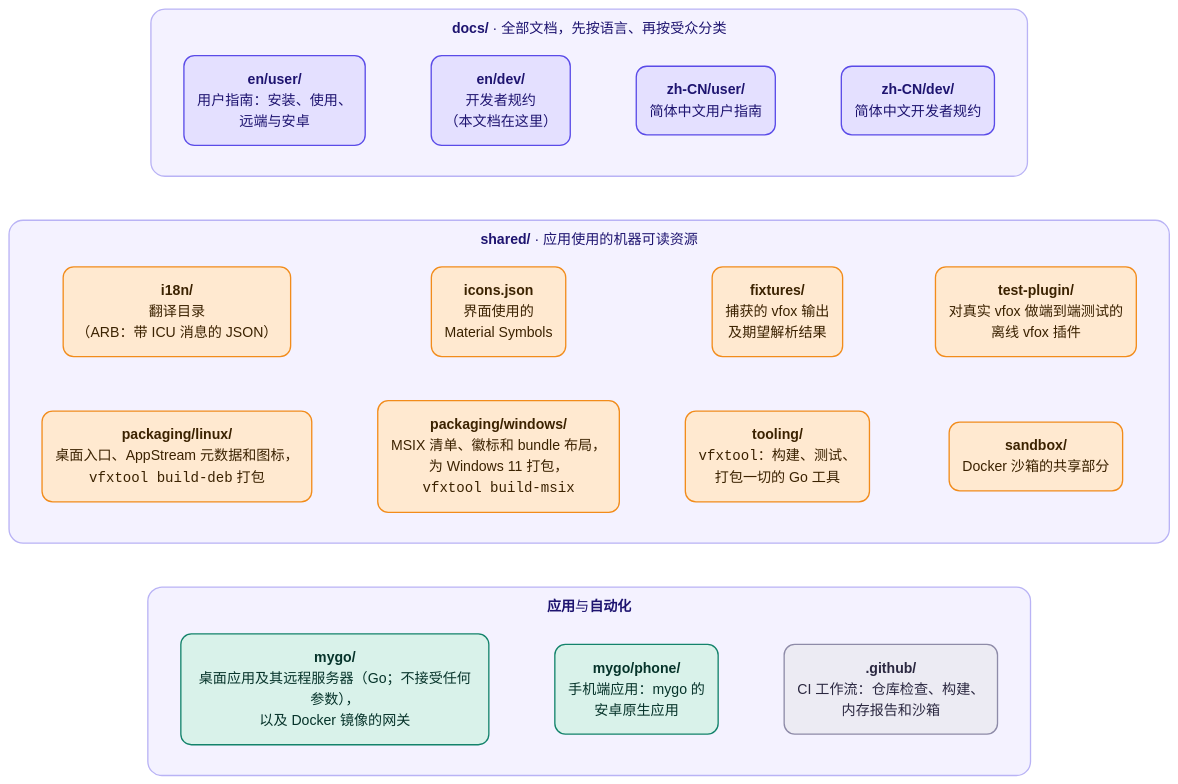
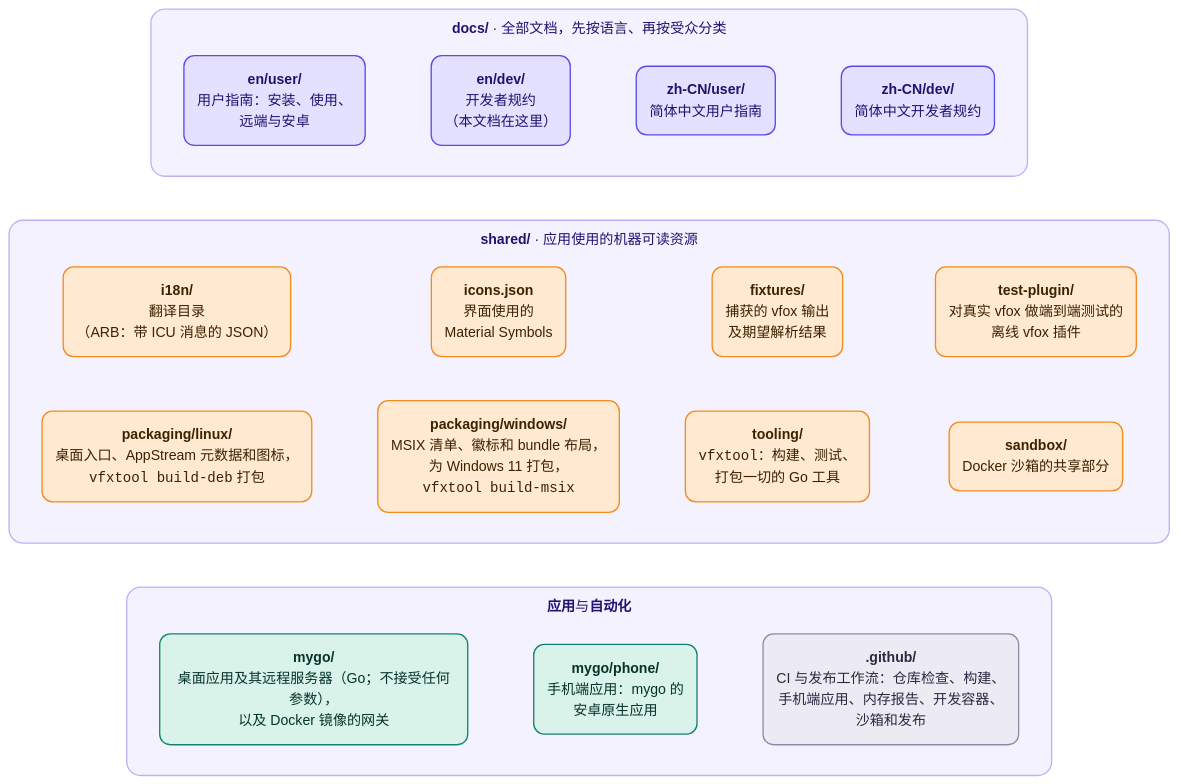
One commit to version-fox/vfox-plus changed the first of 5 diagrams in docs/zh-CN/dev/architecture.md. Above: the diagram before and after it, drawn with Mermaid. The commit also changed other lines of this file and 11 other files, not shown here.

First line of the commit message:
Correct the documents of the architecture and the design against the code

````diff
--- a/docs/zh-CN/dev/architecture.md
+++ b/docs/zh-CN/dev/architecture.md
@@ -12,51 +12,51 @@
 ```mermaid
 ---
 config:
   theme: base
   themeVariables:
     fontFamily: "system-ui, -apple-system, 'Segoe UI', 'Noto Sans', 'Noto Sans CJK SC', 'PingFang SC', 'Microsoft YaHei', sans-serif"
     lineColor: "#7C79A8"
     primaryColor: "#FFE9D0"
     primaryBorderColor: "#F28C1B"
     primaryTextColor: "#3B2200"
     clusterBkg: "#F4F2FF"
     clusterBorder: "#B9B3F5"
     titleColor: "#1E1470"
     edgeLabelBackground: "#FFFFFF"
   flowchart:
     curve: basis
     wrappingWidth: 320
     subGraphTitleMargin:
       top: 10
       bottom: 8
 ---
 flowchart TB
     accTitle: 仓库布局
     accDescr: docs 存放文档，shared 存放应用使用的资源，mygo 是应用、Docker 镜像的网关和手机端应用，.github 是 CI 工作流。
     subgraph docs["<b>docs/</b> · 全部文档，先按语言、再按受众分类"]
         direction LR
         d1("<b>en/user/</b><br/>用户指南：安装、使用、<br/>远端与安卓") ~~~ d2("<b>en/dev/</b><br/>开发者规约<br/>（本文档在这里）") ~~~ d3("<b>zh-CN/user/</b><br/>简体中文用户指南") ~~~ d4("<b>zh-CN/dev/</b><br/>简体中文开发者规约")
     end
     subgraph shared["<b>shared/</b> · 应用使用的机器可读资源"]
         direction LR
         s1("<b>i18n/</b><br/>翻译目录<br/>（ARB：带 ICU 消息的 JSON）") ~~~ s2("<b>icons.json</b><br/>界面使用的<br/>Material Symbols") ~~~ s3("<b>fixtures/</b><br/>捕获的 vfox 输出<br/>及期望解析结果") ~~~ s4("<b>test-plugin/</b><br/>对真实 vfox 做端到端测试的<br/>离线 vfox 插件")
         s5("<b>packaging/linux/</b><br/>桌面入口、AppStream 元数据和图标，<br/><code>vfxtool build-deb</code> 打包") ~~~ s6("<b>packaging/windows/</b><br/>MSIX 清单、徽标和 bundle 布局，<br/>为 Windows 11 打包，<br/><code>vfxtool build-msix</code>") ~~~ s7("<b>tooling/</b><br/><code>vfxtool</code>：构建、测试、<br/>打包一切的 Go 工具") ~~~ s8("<b>sandbox/</b><br/>Docker 沙箱的共享部分")
     end
     subgraph code["<b>应用</b>与<b>自动化</b>"]
         direction LR
-        m("<b>mygo/</b><br/>桌面应用及其远程服务器（Go；不接受任何参数），<br/>以及 Docker 镜像的网关") ~~~ a("<b>mygo/phone/</b><br/>手机端应用：mygo 的<br/>安卓原生应用") ~~~ g("<b>.github/</b><br/>CI 工作流：仓库检查、构建、<br/>内存报告和沙箱")
+        m("<b>mygo/</b><br/>桌面应用及其远程服务器（Go；不接受任何参数），<br/>以及 Docker 镜像的网关") ~~~ a("<b>mygo/phone/</b><br/>手机端应用：mygo 的<br/>安卓原生应用") ~~~ g("<b>.github/</b><br/>CI 与发布工作流：仓库检查、构建、<br/>手机端应用、内存报告、开发容器、<br/>沙箱和发布")
     end
     docs ~~~ shared ~~~ code
 
     classDef docs fill:#E4E0FF,stroke:#5A4BE8,color:#1E1470,stroke-width:1.5px,rx:12,ry:12
     classDef shared fill:#FFE9D0,stroke:#F28C1B,color:#3B2200,stroke-width:1.5px,rx:12,ry:12
     classDef app fill:#D9F2EA,stroke:#13836B,color:#06332A,stroke-width:1.5px,rx:12,ry:12
     classDef ci fill:#ECEBF3,stroke:#8E8BA8,color:#2B2840,stroke-width:1.5px,rx:12,ry:12
     class d1,d2,d3,d4 docs
     class s1,s2,s3,s4,s5,s6,s7,s8 shared
     class m,a app
     class g ci
     style docs fill:#F4F2FF,stroke:#B9B3F5,stroke-width:1.5px,rx:16,ry:16
     style shared fill:#F4F2FF,stroke:#B9B3F5,stroke-width:1.5px,rx:16,ry:16
     style code fill:#F4F2FF,stroke:#B9B3F5,stroke-width:1.5px,rx:16,ry:16
 ```
````
